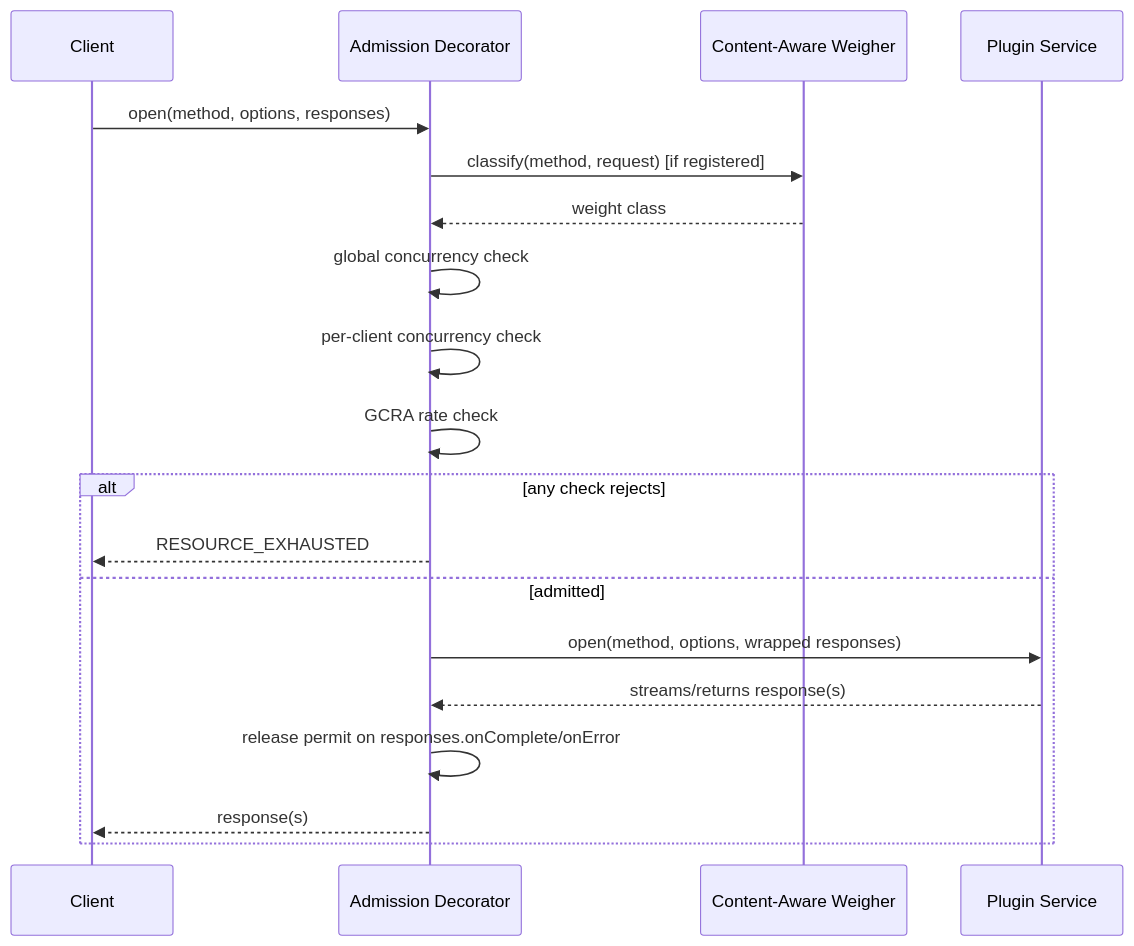
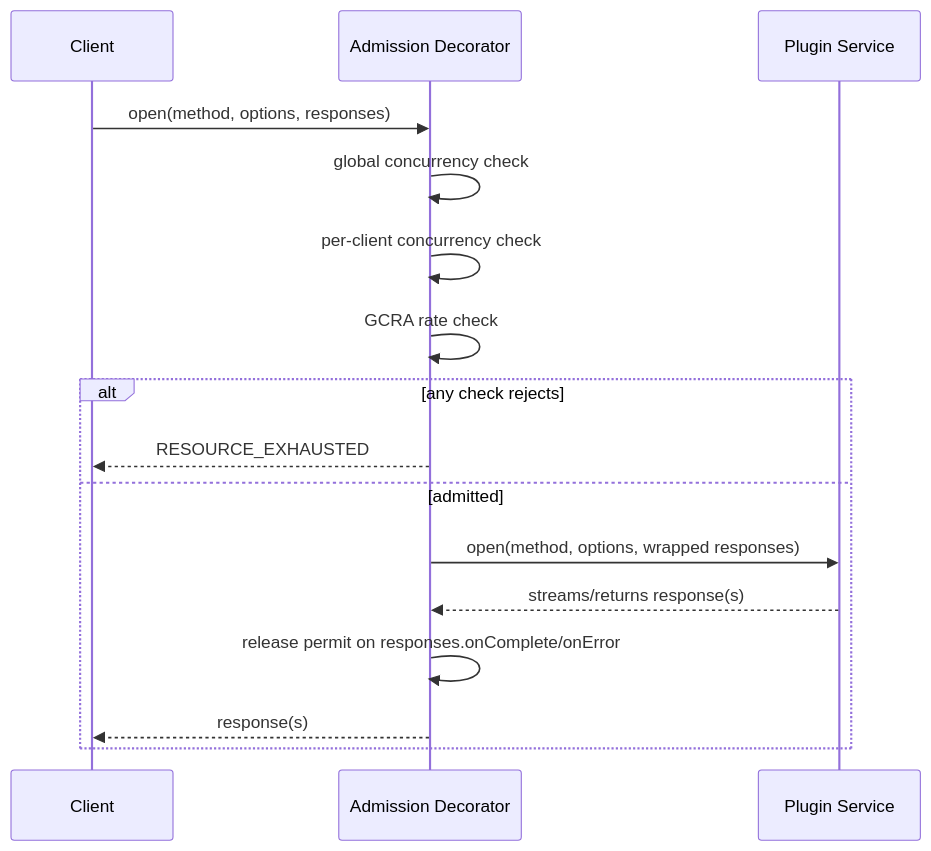
One commit to hiero-ledger/hiero-block-node changed the first of 3 diagrams in docs/design/apis/api-throttling.md. Above: the diagram before and after it, drawn with Mermaid. The commit also changed other lines of this file, not shown here.

````diff
--- a/docs/design/apis/api-throttling.md
+++ b/docs/design/apis/api-throttling.md
@@ -355,22 +374,19 @@
 ```mermaid
 sequenceDiagram
     participant C as Client
     participant D as Admission Decorator
-    participant W as Content-Aware Weigher
     participant P as Plugin Service
 
     C->>D: open(method, options, responses)
-    D->>W: classify(method, request) [if registered]
-    W-->>D: weight class
     D->>D: global concurrency check
     D->>D: per-client concurrency check
     D->>D: GCRA rate check
     alt any check rejects
         D-->>C: RESOURCE_EXHAUSTED
     else admitted
         D->>P: open(method, options, wrapped responses)
         P-->>D: streams/returns response(s)
         D->>D: release permit on responses.onComplete/onError
         D-->>C: response(s)
     end
 ```
````
